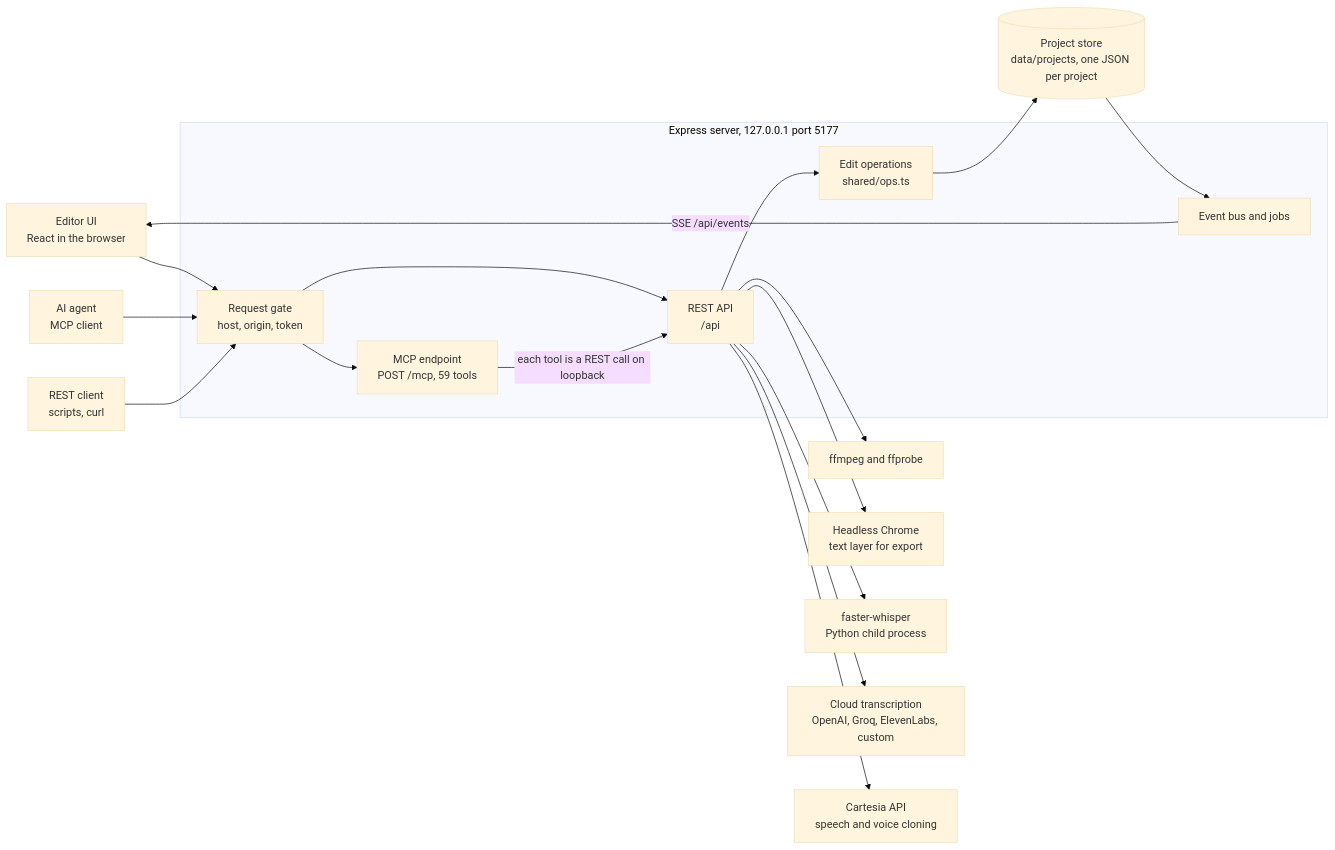
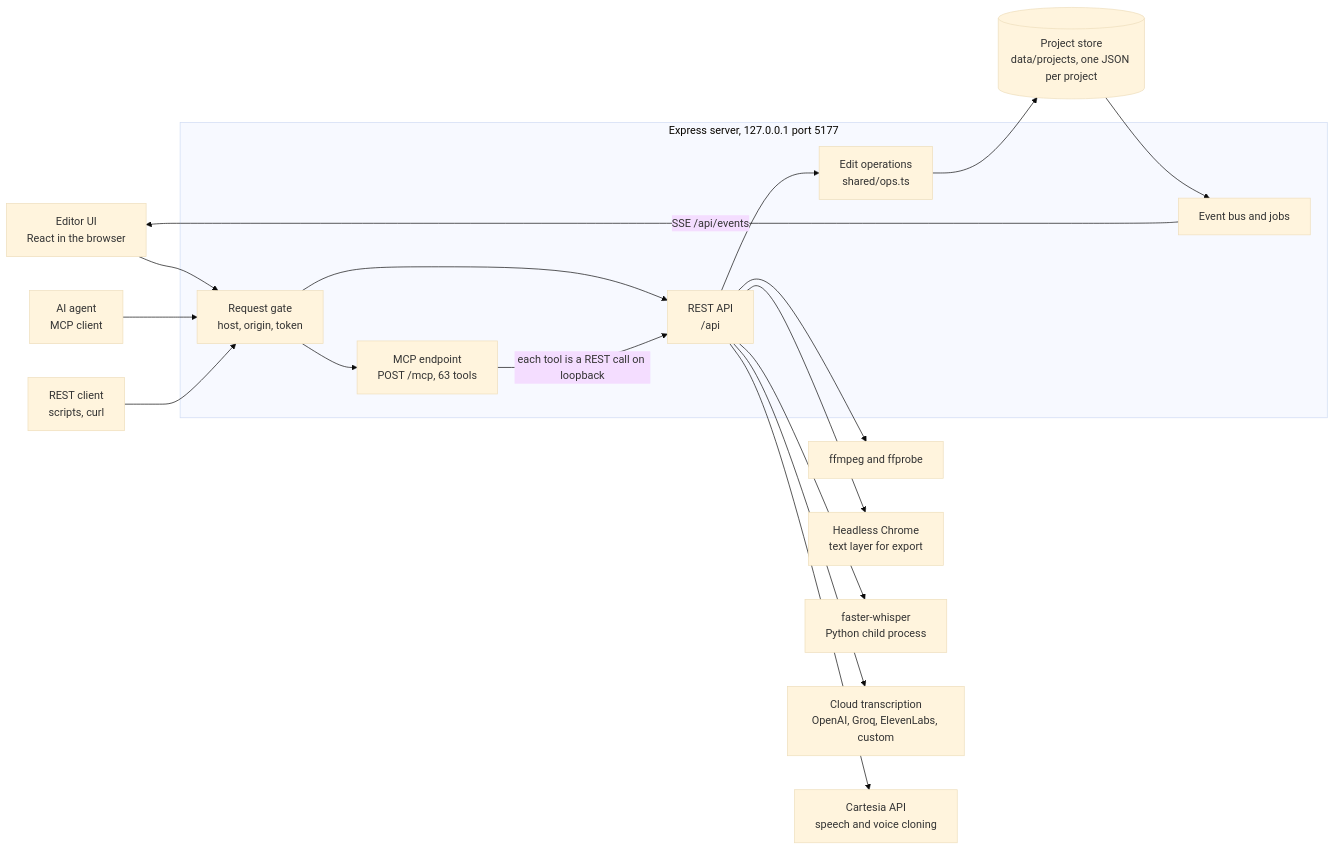
The first of 9 diagrams in docs/ARCHITECTURE.md (hoodini/yuv-studio), drawn with Mermaid (base theme) before and after one commit. The commit also changed other lines of this file and 30 other files, not shown here.

Commit message:
feat: brand kits, intro and outro cards, ready-made templates (63 MCP tools)

````diff
--- a/docs/ARCHITECTURE.md
+++ b/docs/ARCHITECTURE.md
@@ -28,37 +28,37 @@
 ```mermaid
 flowchart LR
   UI["Editor UI<br/>React in the browser"]
   AG["AI agent<br/>MCP client"]
   RC["REST client<br/>scripts, curl"]
 
   subgraph SRV["Express server, 127.0.0.1 port 5177"]
     GATE["Request gate<br/>host, origin, token"]
     API["REST API<br/>/api"]
-    MCP["MCP endpoint<br/>POST /mcp, 59 tools"]
+    MCP["MCP endpoint<br/>POST /mcp, 63 tools"]
     OPS["Edit operations<br/>shared/ops.ts"]
     BUS["Event bus and jobs"]
   end
 
   STORE[("Project store<br/>data/projects, one JSON per project")]
   FF["ffmpeg and ffprobe"]
   CH["Headless Chrome<br/>text layer for export"]
   WH["faster-whisper<br/>Python child process"]
   STT["Cloud transcription<br/>OpenAI, Groq, ElevenLabs, custom"]
   CA["Cartesia API<br/>speech and voice cloning"]
 
   UI --> GATE
   AG --> GATE
   RC --> GATE
   GATE --> API
   GATE --> MCP
   MCP -->|"each tool is a REST call on loopback"| API
   API --> OPS
   OPS --> STORE
   STORE --> BUS
   BUS -->|"SSE /api/events"| UI
   API --> FF
   API --> CH
   API --> WH
   API --> STT
   API --> CA
 ```
````
